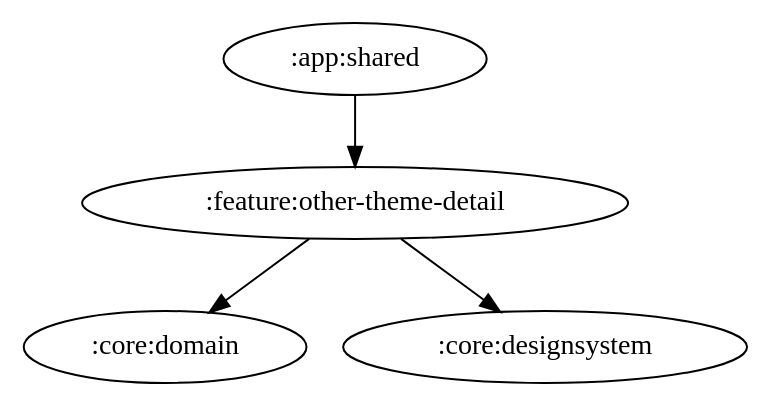
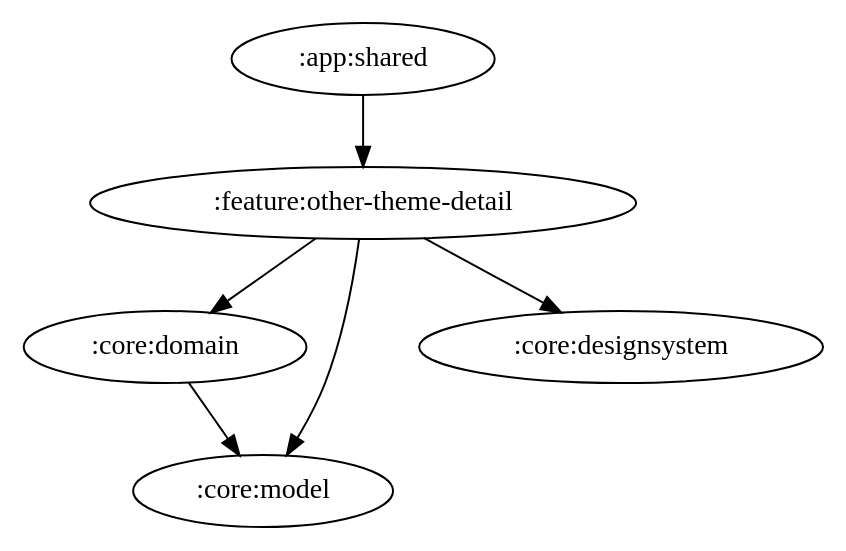
Before and after one commit to ai-kurou/KoDriver: the diagram in docs/graphs/feature-other-theme-detail.gv, drawn with Graphviz. The commit also changed 63 other files, not shown here.

Commit message:
chore: update module graph images

```diff
--- a/docs/graphs/feature-other-theme-detail.gv
+++ b/docs/graphs/feature-other-theme-detail.gv
@@ -1,6 +1,8 @@
 digraph G {
   rankdir=TB
   ":app:shared" -> ":feature:other-theme-detail"
+  ":core:domain" -> ":core:model"
   ":feature:other-theme-detail" -> ":core:domain"
+  ":feature:other-theme-detail" -> ":core:model"
   ":feature:other-theme-detail" -> ":core:designsystem"
 }
```
